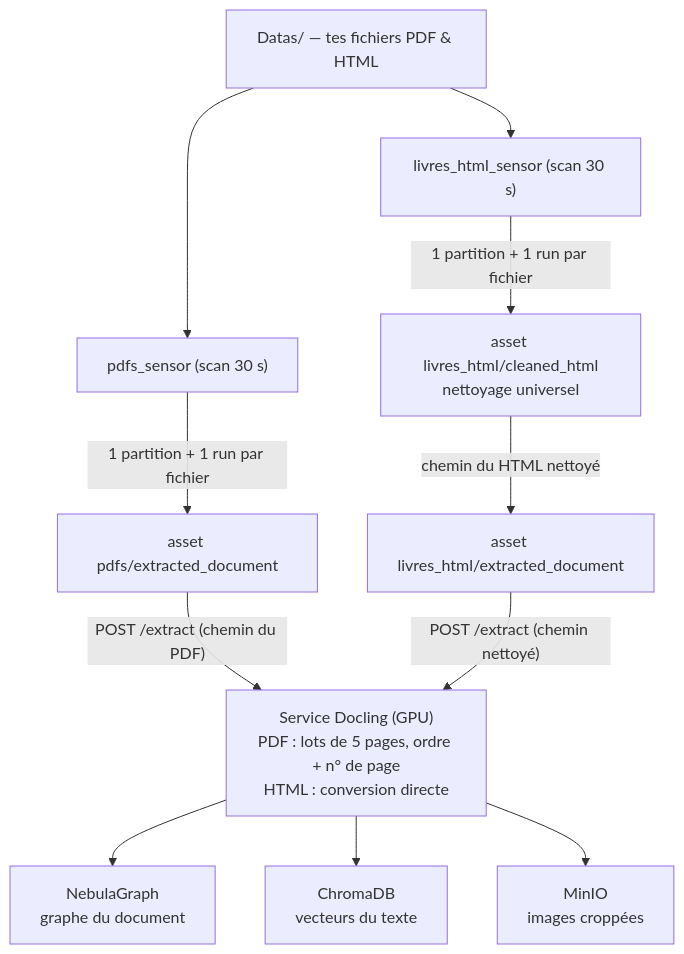
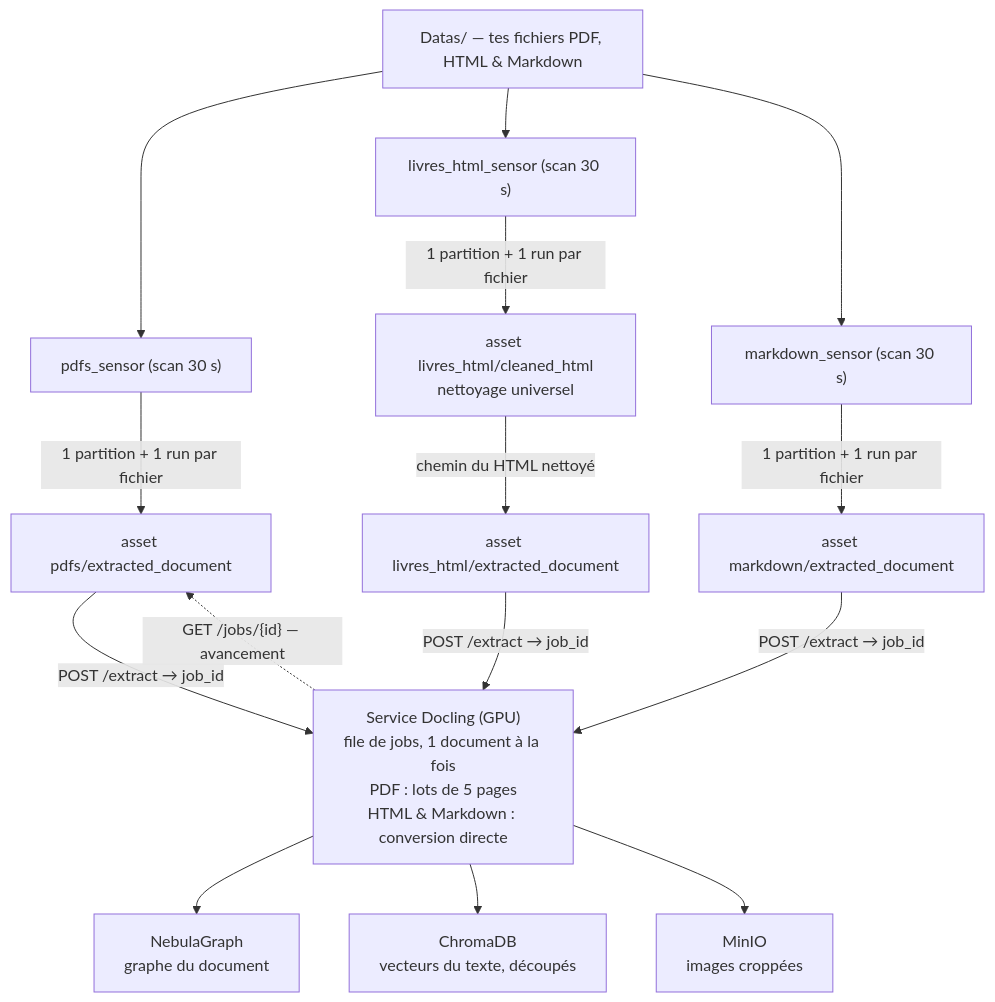
Before and after one commit to floSa/rag-ingestion-pipeline: the diagram in README.md, drawn with Mermaid. The commit also changed other lines of this file and 5 other files, not shown here.

````diff
--- a/README.md
+++ b/README.md
@@ -23,13 +23,17 @@
 ```mermaid
 flowchart TD
-    A["Datas/ — tes fichiers PDF & HTML"] --> S1["pdfs_sensor (scan 30 s)"]
+    A["Datas/ — tes fichiers PDF, HTML & Markdown"] --> S1["pdfs_sensor (scan 30 s)"]
     A --> S2["livres_html_sensor (scan 30 s)"]
+    A --> S3["markdown_sensor (scan 30 s)"]
     S1 -- "1 partition + 1 run par fichier" --> E1["asset pdfs/extracted_document"]
+    S3 -- "1 partition + 1 run par fichier" --> E3["asset markdown/extracted_document"]
     S2 -- "1 partition + 1 run par fichier" --> C["asset livres_html/cleaned_html<br/>nettoyage universel"]
     C -- "chemin du HTML nettoyé" --> E2["asset livres_html/extracted_document"]
-    E1 -- "POST /extract (chemin du PDF)" --> D["Service Docling (GPU)<br/>PDF : lots de 5 pages, ordre + n° de page<br/>HTML : conversion directe"]
-    E2 -- "POST /extract (chemin nettoyé)" --> D
+    E1 -- "POST /extract → job_id" --> D["Service Docling (GPU)<br/>file de jobs, 1 document à la fois<br/>PDF : lots de 5 pages<br/>HTML & Markdown : conversion directe"]
+    E2 -- "POST /extract → job_id" --> D
+    E3 -- "POST /extract → job_id" --> D
+    D -. "GET /jobs/{id} — avancement" .-> E1
     D --> N["NebulaGraph<br/>graphe du document"]
-    D --> V["ChromaDB<br/>vecteurs du texte"]
+    D --> V["ChromaDB<br/>vecteurs du texte, découpés"]
     D --> M["MinIO<br/>images croppées"]
 ```
````
